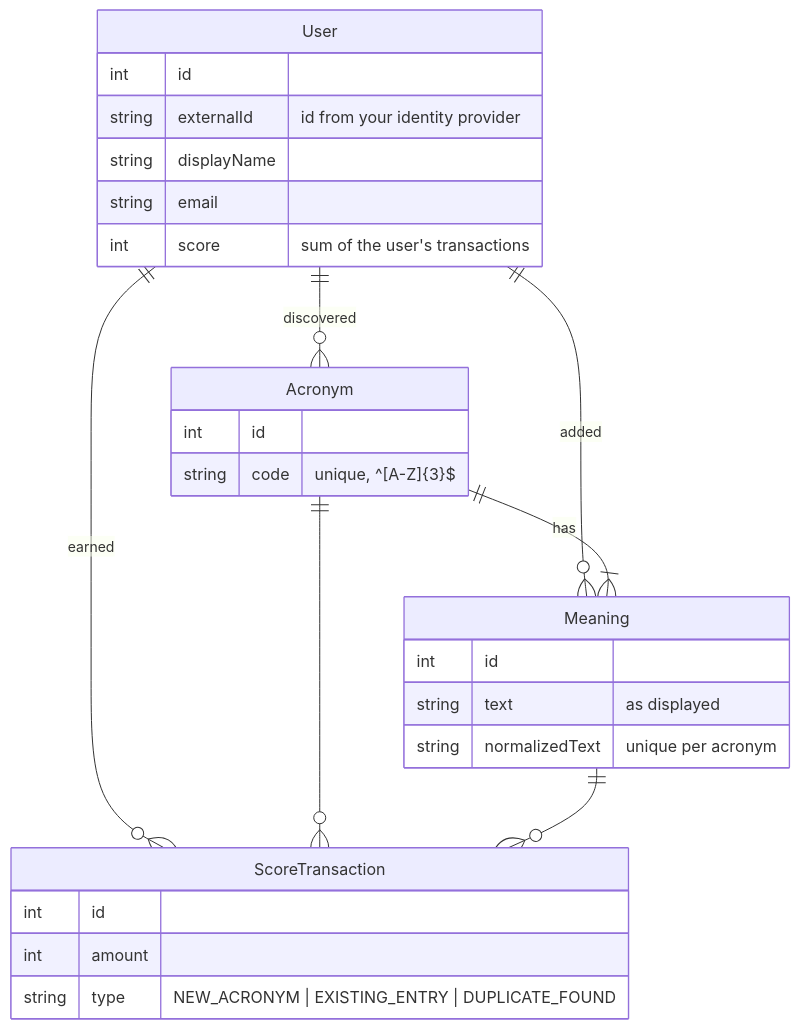
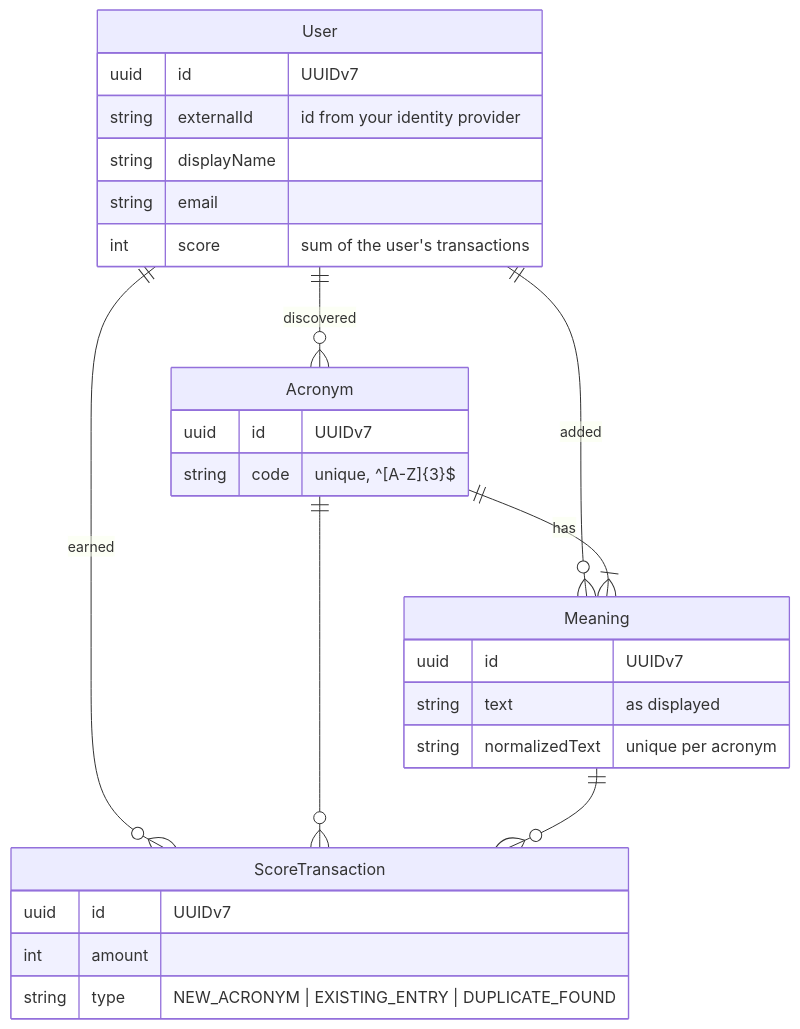
One commit to FelixGaebler/17576 changed the first of 3 diagrams in README.md. Above: the diagram before and after it, drawn with Mermaid. The commit also changed other lines of this file and 21 other files, not shown here.

````diff
--- a/README.md
+++ b/README.md
@@ -210,31 +214,31 @@
 ```mermaid
 erDiagram
     User ||--o{ Acronym : "discovered"
     User ||--o{ Meaning : "added"
     User ||--o{ ScoreTransaction : "earned"
     Acronym ||--|{ Meaning : "has"
     Acronym ||--o{ ScoreTransaction : ""
     Meaning ||--o{ ScoreTransaction : ""
 
     User {
-        int id
+        uuid id "UUIDv7"
         string externalId "id from your identity provider"
         string displayName
         string email
         int score "sum of the user's transactions"
     }
     Acronym {
-        int id
+        uuid id "UUIDv7"
         string code "unique, ^[A-Z]{3}$"
     }
     Meaning {
-        int id
+        uuid id "UUIDv7"
         string text "as displayed"
         string normalizedText "unique per acronym"
     }
     ScoreTransaction {
-        int id
+        uuid id "UUIDv7"
         int amount
         string type "NEW_ACRONYM | EXISTING_ENTRY | DUPLICATE_FOUND"
     }
 ```
````
